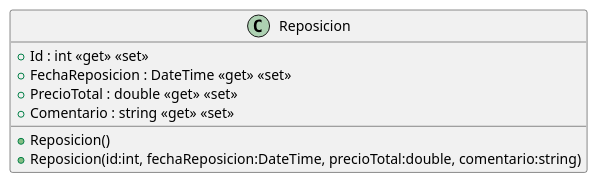
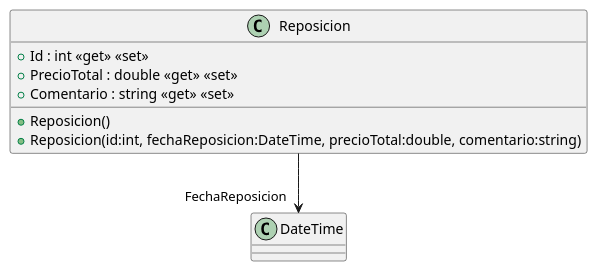
One commit to ISII2627JRJ/ISII2627JRJ changed the diagram in src/AppForSEII.API/ClassDiagram/Reposicion.puml. Above: the diagram before and after it, drawn with PlantUML. The commit also changed 11 other files, not shown here.

```diff
--- a/src/AppForSEII.API/ClassDiagram/Reposicion.puml
+++ b/src/AppForSEII.API/ClassDiagram/Reposicion.puml
@@ -1,10 +1,10 @@
 @startuml
 class Reposicion {
     + Reposicion()
     + Reposicion(id:int, fechaReposicion:DateTime, precioTotal:double, comentario:string)
     + Id : int <<get>> <<set>>
-    + FechaReposicion : DateTime <<get>> <<set>>
     + PrecioTotal : double <<get>> <<set>>
     + Comentario : string <<get>> <<set>>
 }
+Reposicion --> "FechaReposicion" DateTime
 @enduml
```
